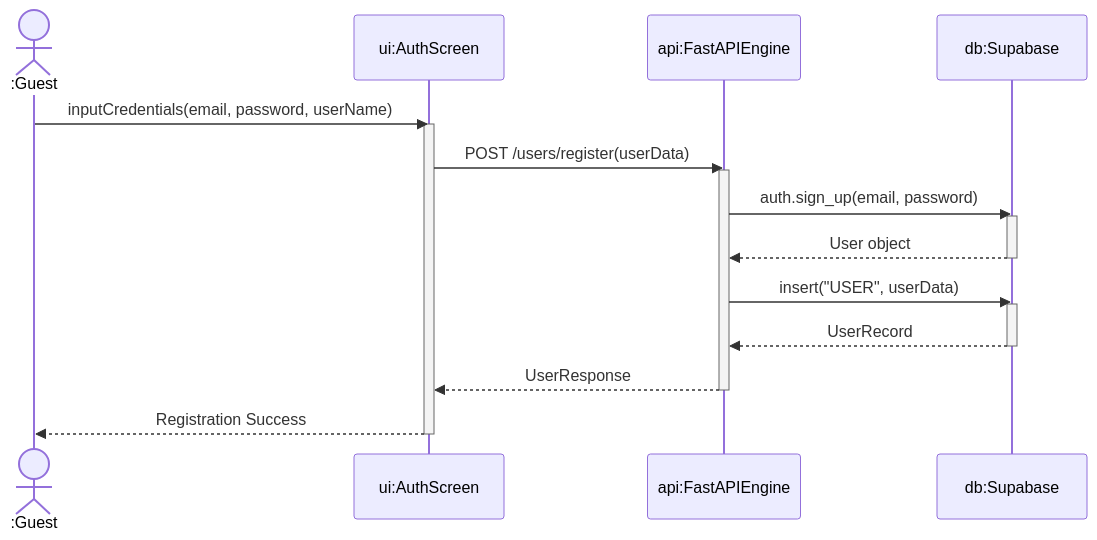
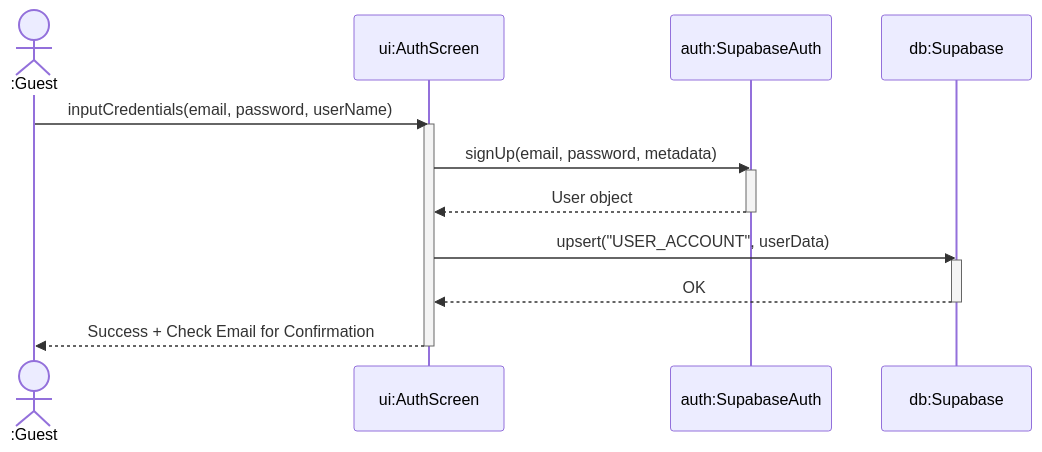
Before and after one commit to dvydinh/mechdrive: the second of 4 diagrams in docs/uml/4_Sequence_Diagrams.md, drawn with Mermaid. The commit also changed other lines of this file and 4 other files, not shown here.

````diff
--- a/docs/uml/4_Sequence_Diagrams.md
+++ b/docs/uml/4_Sequence_Diagrams.md
@@ -54,29 +54,23 @@
 ```mermaid
 sequenceDiagram
     actor Guest as :Guest
     participant UI as ui:AuthScreen
-    participant API as api:FastAPIEngine
+    participant Auth as auth:SupabaseAuth
     participant DB as db:Supabase
 
     Guest->>UI: inputCredentials(email, password, userName)
     activate UI
     
-    UI->>API: POST /users/register(userData)
-    activate API
+    UI->>Auth: signUp(email, password, metadata)
+    activate Auth
+    Auth-->>UI: User object
+    deactivate Auth
     
-    API->>DB: auth.sign_up(email, password)
+    UI->>DB: upsert("USER_ACCOUNT", userData)
     activate DB
-    DB-->>API: User object
+    DB-->>UI: OK
     deactivate DB
     
-    API->>DB: insert("USER", userData)
-    activate DB
-    DB-->>API: UserRecord
-    deactivate DB
-    
-    API-->>UI: UserResponse
-    deactivate API
-    
-    UI-->>Guest: Registration Success
+    UI-->>Guest: Success + Check Email for Confirmation
     deactivate UI
 ```
````
